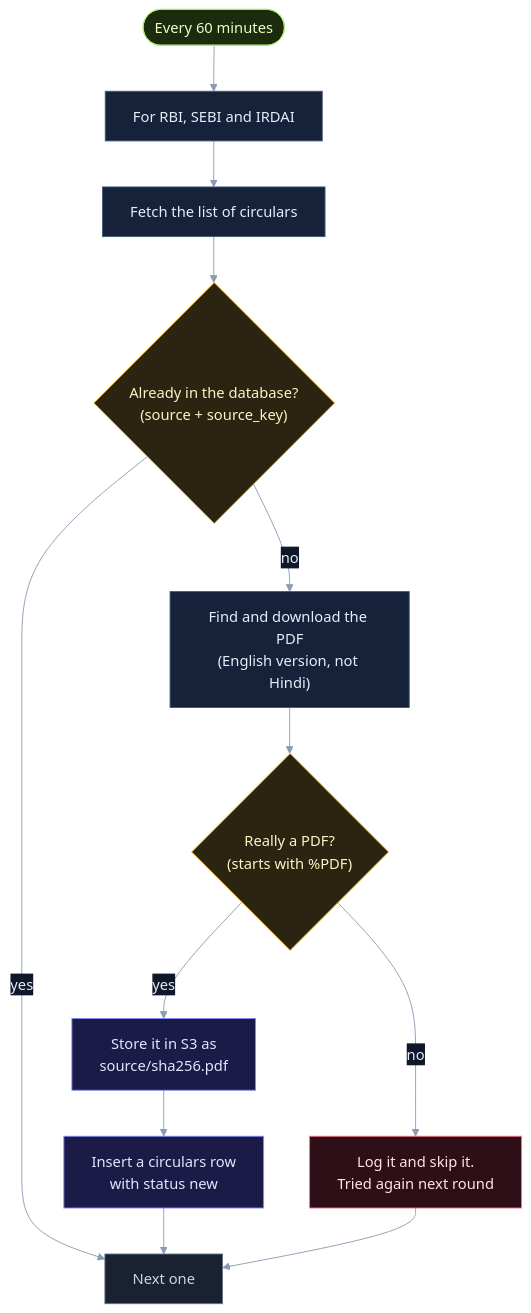
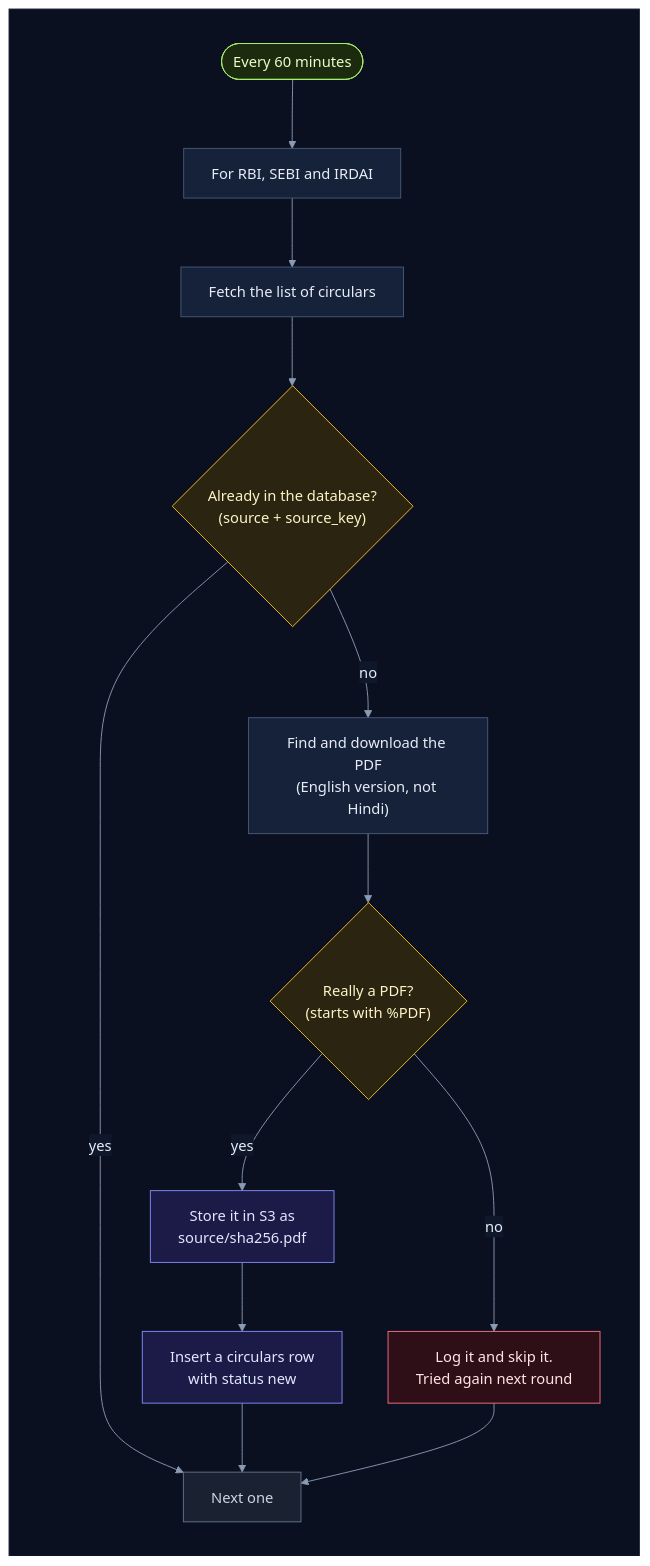
The fifth of 21 diagrams in how_it_works.md (selvakumarperumal/Regulatory_Circular_Impact_Agent), drawn with Mermaid before and after one commit. The commit also changed other lines of this file and 1 other file, not shown here.

````diff
--- a/how_it_works.md
+++ b/how_it_works.md
@@ -278,30 +295,34 @@
 ```mermaid
-%%{init: {"theme": "base", "themeVariables": {"darkMode": true, "primaryColor": "#16213a", "primaryTextColor": "#e6edf7", "primaryBorderColor": "#475a7a", "lineColor": "#8b9bb4", "secondaryColor": "#1b2436", "tertiaryColor": "#101a2e", "edgeLabelBackground": "#0f172a", "textColor": "#e2e8f0", "clusterBkg": "#0f1728", "clusterBorder": "#2b3a55", "titleColor": "#c4b5fd", "nodeTextColor": "#e6edf7"}}}%%
+%%{init: {"theme": "base", "flowchart": {"diagramPadding": 0}, "themeVariables": {"darkMode": true, "primaryColor": "#16213a", "primaryTextColor": "#e6edf7", "primaryBorderColor": "#475a7a", "lineColor": "#8b9bb4", "secondaryColor": "#1b2436", "tertiaryColor": "#101a2e", "edgeLabelBackground": "#0f172a", "textColor": "#e2e8f0", "clusterBkg": "#0f1728", "clusterBorder": "#2b3a55", "titleColor": "#c4b5fd", "nodeTextColor": "#e6edf7"}}}%%
 flowchart TD
-    start(["Every 60 minutes"]) --> each["For RBI, SEBI and IRDAI"]
-    each --> list["Fetch the list of circulars"]
-    list --> known{"Already in the database?<br/>(source + source_key)"}
-    known -->|yes| next["Next one"]
-    known -->|no| pdf["Find and download the PDF<br/>(English version, not Hindi)"]
-    pdf --> isPdf{"Really a PDF?<br/>(starts with %PDF)"}
-    isPdf -->|no| skip["Log it and skip it.<br/>Tried again next round"]
-    isPdf -->|yes| store["Store it in S3 as<br/>source/sha256.pdf"]
-    store --> row["Insert a circulars row<br/>with status new"]
-    row --> next
-    skip --> next
+    subgraph canvas[" "]
+        direction TB
+        start(["Every 60 minutes"]) --> each["For RBI, SEBI and IRDAI"]
+        each --> list["Fetch the list of circulars"]
+        list --> known{"Already in the database?<br/>(source + source_key)"}
+        known -->|yes| next["Next one"]
+        known -->|no| pdf["Find and download the PDF<br/>(English version, not Hindi)"]
+        pdf --> isPdf{"Really a PDF?<br/>(starts with %PDF)"}
+        isPdf -->|no| skip["Log it and skip it.<br/>Tried again next round"]
+        isPdf -->|yes| store["Store it in S3 as<br/>source/sha256.pdf"]
+        store --> row["Insert a circulars row<br/>with status new"]
+        row --> next
+        skip --> next
+    end
 
     classDef svc fill:#0e2a2c,stroke:#2dd4bf,color:#ccfbf1
     classDef data fill:#1c1a47,stroke:#818cf8,color:#e0e7ff
     classDef ext fill:#2a1640,stroke:#c084fc,color:#f3e8ff
     classDef gpu fill:#2d1b0c,stroke:#fb923c,color:#ffedd5
     classDef ask fill:#2a2410,stroke:#fbbf24,color:#fef3c7
     classDef ok fill:#0b2a1c,stroke:#34d399,color:#d1fae5
     classDef bad fill:#2e0f17,stroke:#fb7185,color:#ffe4e6
     classDef start fill:#1c2a0e,stroke:#a7ef6f,color:#ecfccb
     classDef muted fill:#1a2130,stroke:#64748b,color:#cbd5e1
     class start start
     class known,isPdf ask
     class skip bad
     class store,row data
     class next muted
+    style canvas fill:#0b1020,stroke:#1e293b,color:#0b1020
 ```
````
